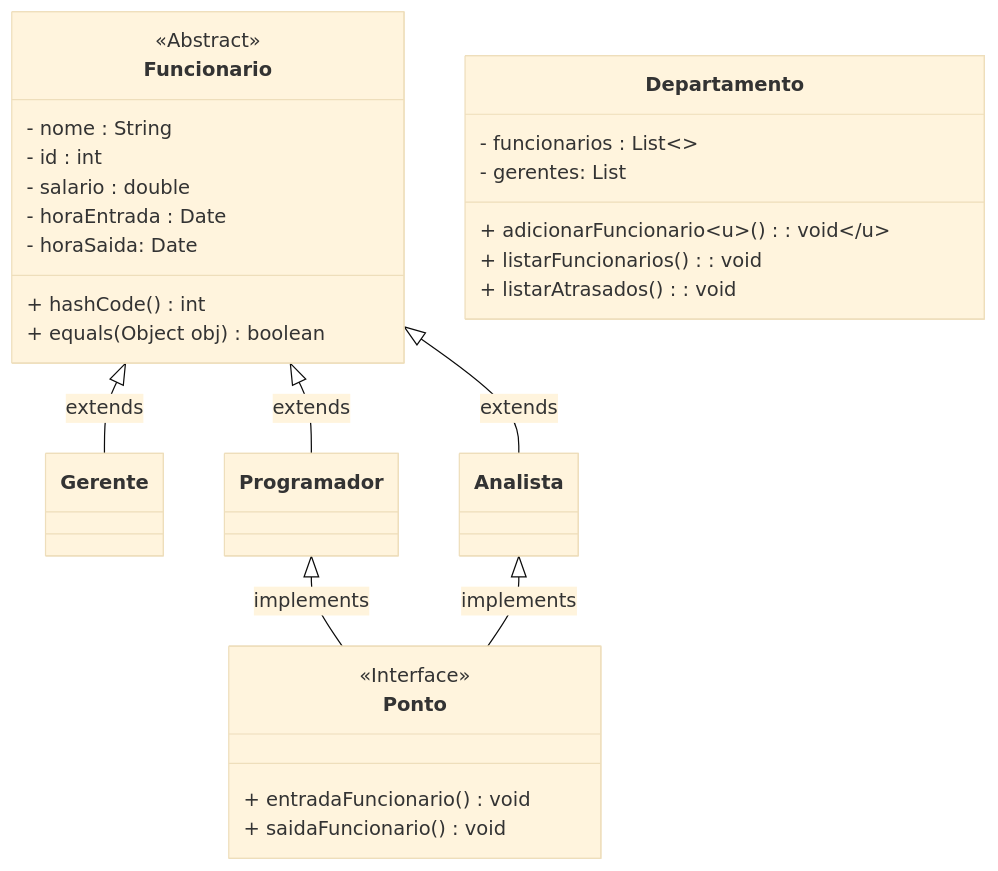
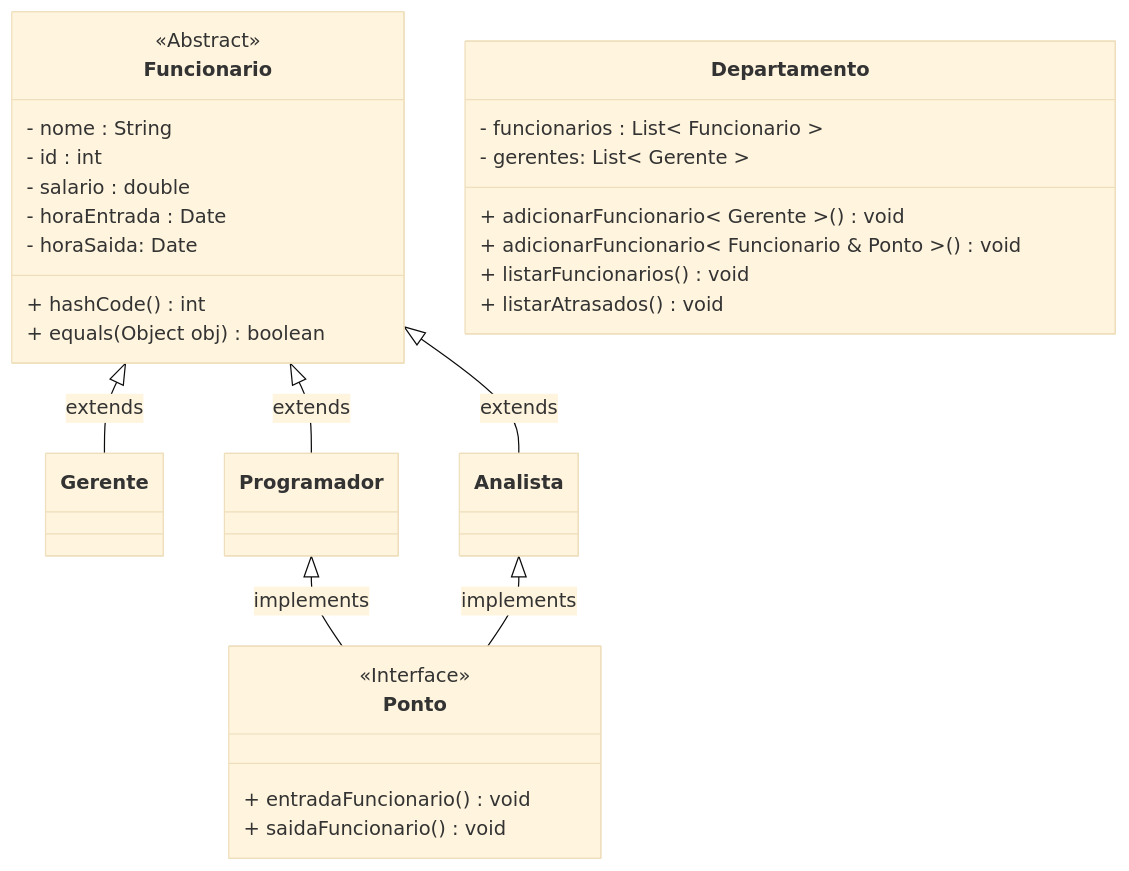
The diagram in A4/README.md (gabuh/lp1a3), drawn with Mermaid (base theme) before and after one commit. The commit also changed other lines of this file and 3 other files, not shown here.

````diff
--- a/A4/README.md
+++ b/A4/README.md
@@ -28,52 +50,53 @@
 ```mermaid
 classDiagram
 
 class Funcionario{
   <<Abstract>>
   - nome : String
   - id : int
   - salario : double
   - horaEntrada : Date
   - horaSaida: Date
 
   + hashCode() int
   + equals(Object obj) boolean
 }
 
 class Gerente{
   
 }
 
 class Programador{
   
 }
 
 class Analista{
   
 }
 
 class Ponto{
   <<Interface>>
   + entradaFuncionario() void
   + saidaFuncionario() void
 }
 
 class Departamento{
-  - funcionarios : List<>
-  - gerentes: List
+  - funcionarios : List< Funcionario >
+  - gerentes: List< Gerente >
   
-  + adicionarFuncionario<U>() : void 
-  + listarFuncionarios() : void
-  + listarAtrasados(): void
+  + adicionarFuncionario< Gerente >() void
+  + adicionarFuncionario< Funcionario & Ponto >() void 
+  + listarFuncionarios() void
+  + listarAtrasados() void
   
 }
 
 Funcionario <|-- Gerente : extends
 Funcionario <|-- Programador : extends
 Funcionario <|-- Analista : extends
 
 Programador <|-- Ponto : implements
 Analista <|-- Ponto : implements
 
 
 ```
````
